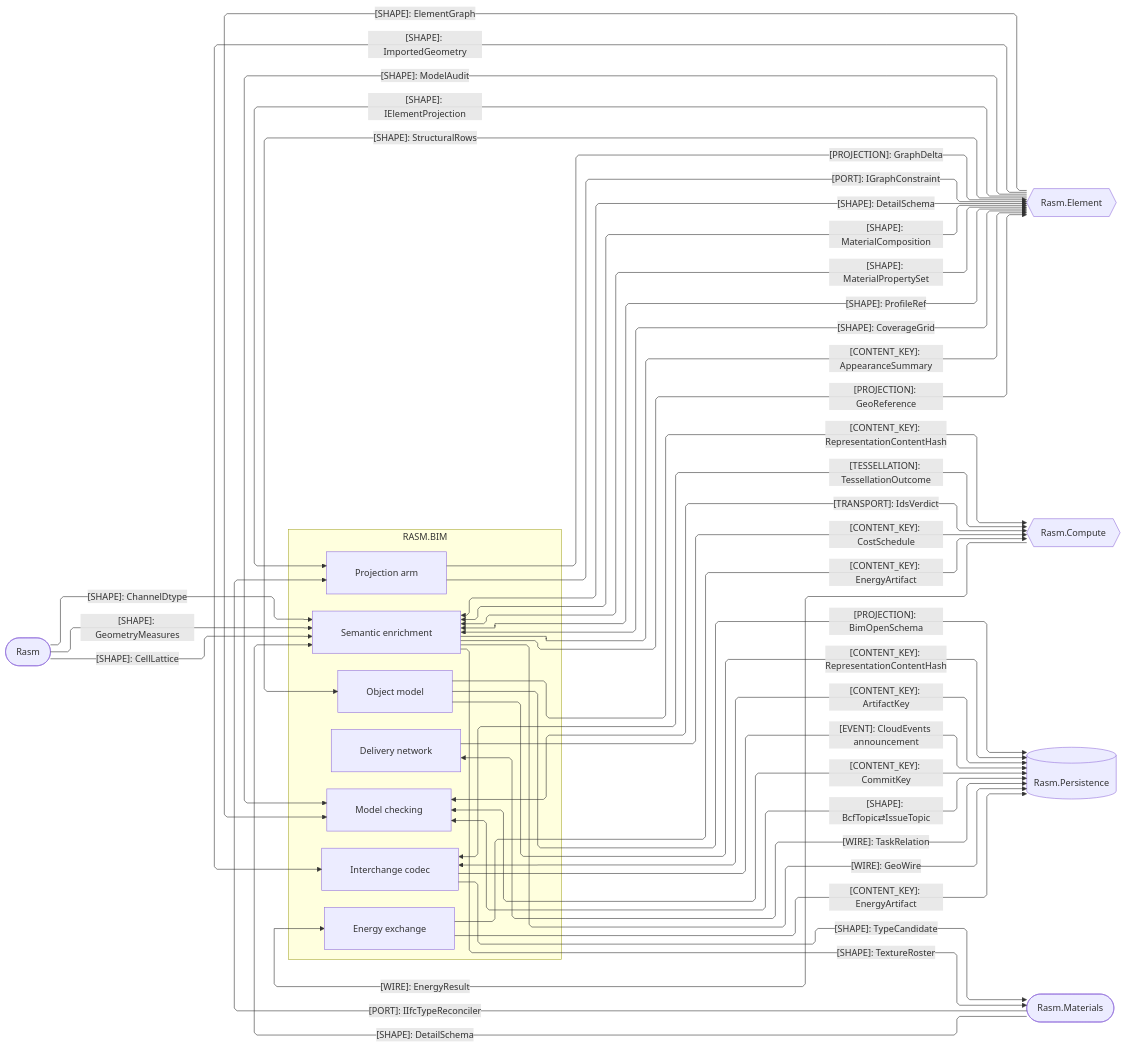
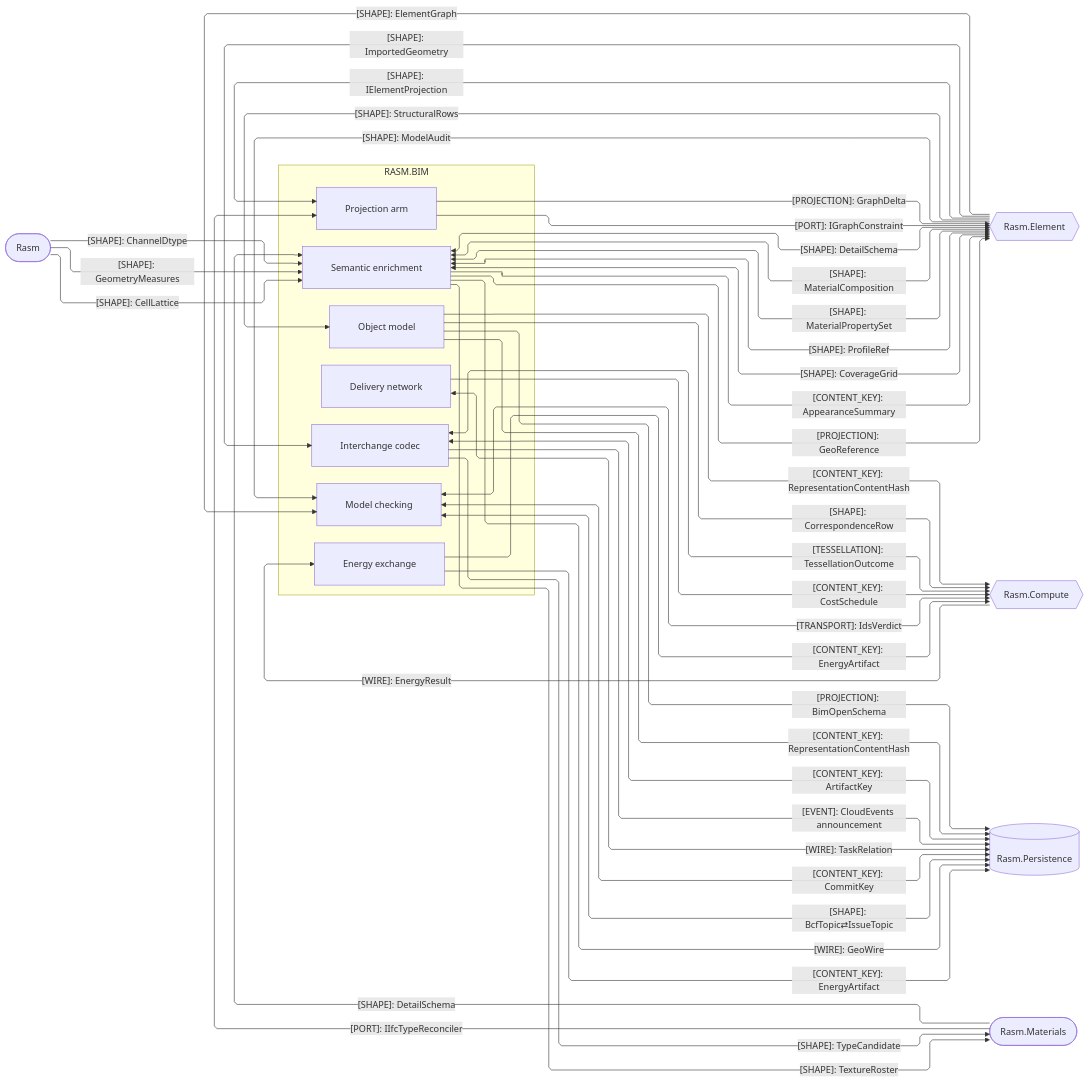
Before and after one commit to bsamiee/Rasm: the second of 3 diagrams in libs/csharp/Rasm.Bim/ARCHITECTURE.md, drawn with Mermaid. The commit also changed 72 other files, not shown here.

````diff
--- a/libs/csharp/Rasm.Bim/ARCHITECTURE.md
+++ b/libs/csharp/Rasm.Bim/ARCHITECTURE.md
@@ -121,62 +121,63 @@
 ```mermaid
 ---
 config:
   layout: elk
   flowchart:
     curve: linear
     padding: 25
 ---
 flowchart LR
     accTitle: Bim same-branch domain and storage seams
     accDescr: Bim sub-domain owners exchanging projections, content keys, and tessellation with the same-branch AEC peers and the durable store.
     subgraph bim[RASM.BIM]
         Projection[Projection arm]
         Model[Object model]
         Semantics[Semantic enrichment]
         Exchange[Interchange codec]
         Review[Model checking]
         Energy[Energy exchange]
         Planning[Delivery network]
     end
     Element{{Rasm.Element}}
     Compute{{Rasm.Compute}}
     Persistence[(Rasm.Persistence)]
     Materials([Rasm.Materials])
     Rasm([Rasm])
     Element -->|"[SHAPE]: IElementProjection"| Projection
     Projection -->|"[PROJECTION]: GraphDelta"| Element
     Projection -->|"[PORT]: IGraphConstraint"| Element
     Element -->|"[SHAPE]: ImportedGeometry"| Exchange
     Element -->|"[SHAPE]: ElementGraph"| Review
     Semantics <-->|"[SHAPE]: DetailSchema"| Element
     Semantics <-->|"[SHAPE]: MaterialComposition"| Element
     Semantics <-->|"[SHAPE]: MaterialPropertySet"| Element
     Semantics <-->|"[SHAPE]: ProfileRef"| Element
     Semantics <-->|"[SHAPE]: CoverageGrid"| Element
     Semantics -->|"[CONTENT_KEY]: AppearanceSummary"| Element
     Semantics -->|"[PROJECTION]: GeoReference"| Element
     Element -->|"[SHAPE]: StructuralRows"| Model
     Element -->|"[SHAPE]: ModelAudit"| Review
     Materials -->|"[PORT]: IIfcTypeReconciler"| Projection
     Exchange -->|"[SHAPE]: TypeCandidate"| Materials
     Semantics -->|"[SHAPE]: TextureRoster"| Materials
     Materials -->|"[SHAPE]: DetailSchema"| Semantics
     Rasm -->|"[SHAPE]: GeometryMeasures"| Semantics
     Rasm -->|"[SHAPE]: CellLattice"| Semantics
     Rasm -->|"[SHAPE]: ChannelDtype"| Semantics
     Model -->|"[CONTENT_KEY]: RepresentationContentHash"| Compute
+    Model -->|"[SHAPE]: CorrespondenceRow"| Compute
     Exchange <-->|"[TESSELLATION]: TessellationOutcome"| Compute
     Review <-->|"[TRANSPORT]: IdsVerdict"| Compute
     Planning -->|"[CONTENT_KEY]: CostSchedule"| Compute
     Energy -->|"[CONTENT_KEY]: EnergyArtifact"| Compute
     Compute -->|"[WIRE]: EnergyResult"| Energy
     Model -->|"[PROJECTION]: BimOpenSchema"| Persistence
     Model -->|"[CONTENT_KEY]: RepresentationContentHash"| Persistence
     Exchange <-->|"[CONTENT_KEY]: ArtifactKey"| Persistence
     Exchange -->|"[EVENT]: CloudEvents announcement"| Persistence
     Review <-->|"[CONTENT_KEY]: CommitKey"| Persistence
     Review <-->|"[SHAPE]: BcfTopic⇄IssueTopic"| Persistence
     Energy -->|"[CONTENT_KEY]: EnergyArtifact"| Persistence
     Planning <-->|"[WIRE]: TaskRelation"| Persistence
     Semantics -->|"[WIRE]: GeoWire"| Persistence
 ```
````
